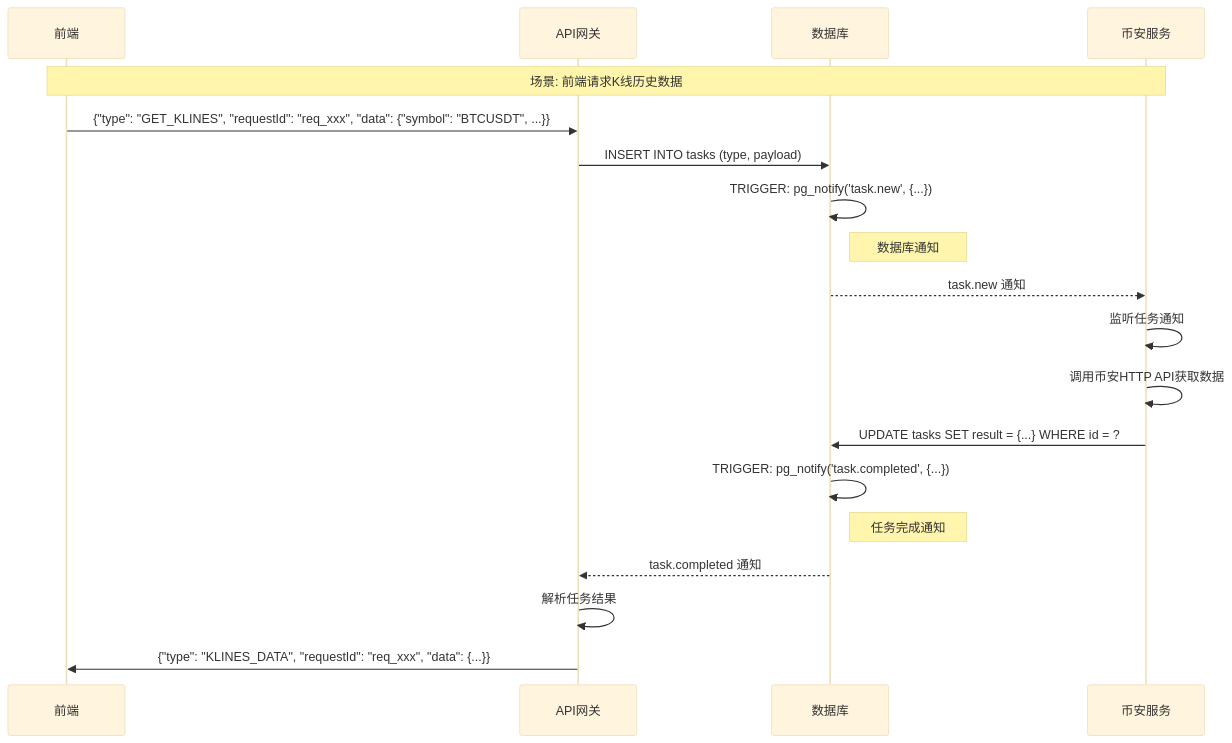
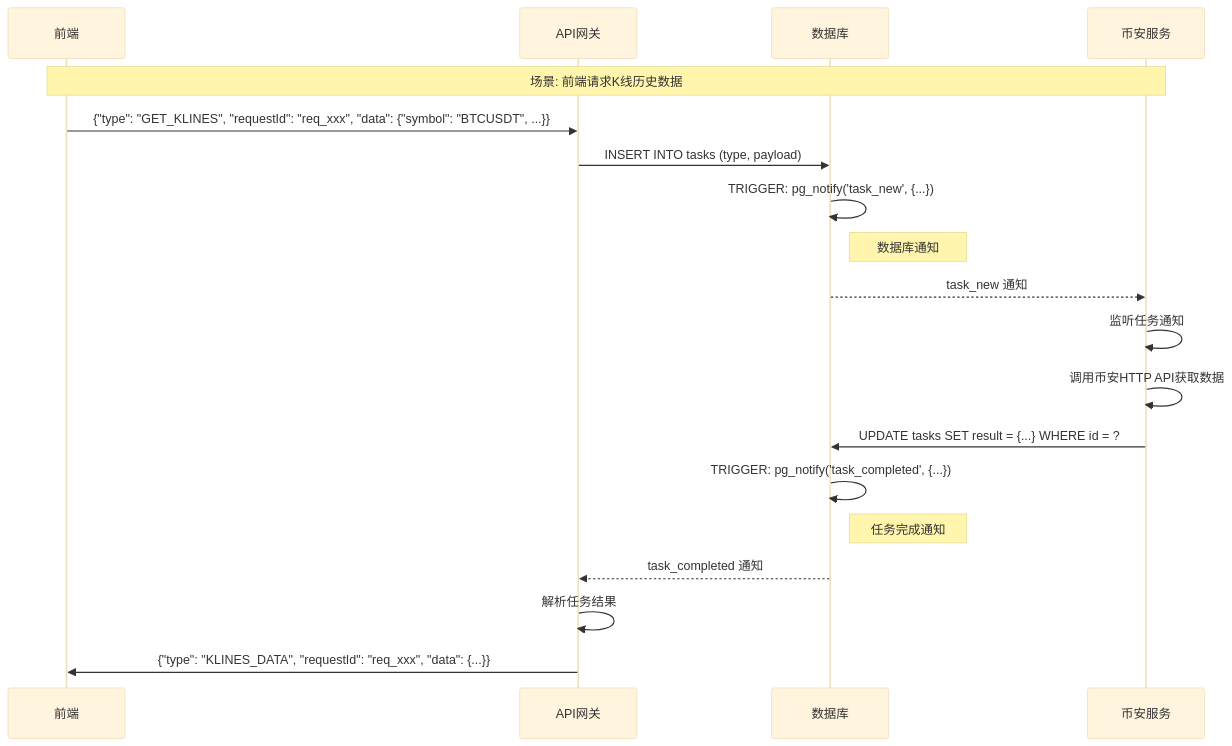
The second of 10 diagrams in docs/backend/design/02-dataflow.md (mj2154/quant-trading-system-2602), drawn with Mermaid (base theme) before and after one commit. The commit also changed other lines of this file and 32 other files, not shown here.

````diff
--- a/docs/backend/design/02-dataflow.md
+++ b/docs/backend/design/02-dataflow.md
@@ -105,26 +105,26 @@
 ```mermaid
 sequenceDiagram
     participant Front as 前端
     participant GW as API网关
     participant DB as 数据库
     participant BN as 币安服务
 
     Note over Front, BN: 场景: 前端请求K线历史数据
 
     Front->>GW: {"type": "GET_KLINES", "requestId": "req_xxx", "data": {"symbol": "BTCUSDT", ...}}
 
     GW->>DB: INSERT INTO tasks (type, payload)
-    DB->>DB: TRIGGER: pg_notify('task.new', {...})
+    DB->>DB: TRIGGER: pg_notify('task_new', {...})
 
     Note right of DB: 数据库通知
-    DB-->>BN: task.new 通知
+    DB-->>BN: task_new 通知
     BN->>BN: 监听任务通知
     BN->>BN: 调用币安HTTP API获取数据
     BN->>DB: UPDATE tasks SET result = {...} WHERE id = ?
-    DB->>DB: TRIGGER: pg_notify('task.completed', {...})
+    DB->>DB: TRIGGER: pg_notify('task_completed', {...})
 
     Note right of DB: 任务完成通知
-    DB-->>GW: task.completed 通知
+    DB-->>GW: task_completed 通知
     GW->>GW: 解析任务结果
     GW->>Front: {"type": "KLINES_DATA", "requestId": "req_xxx", "data": {...}}
 ```
````
